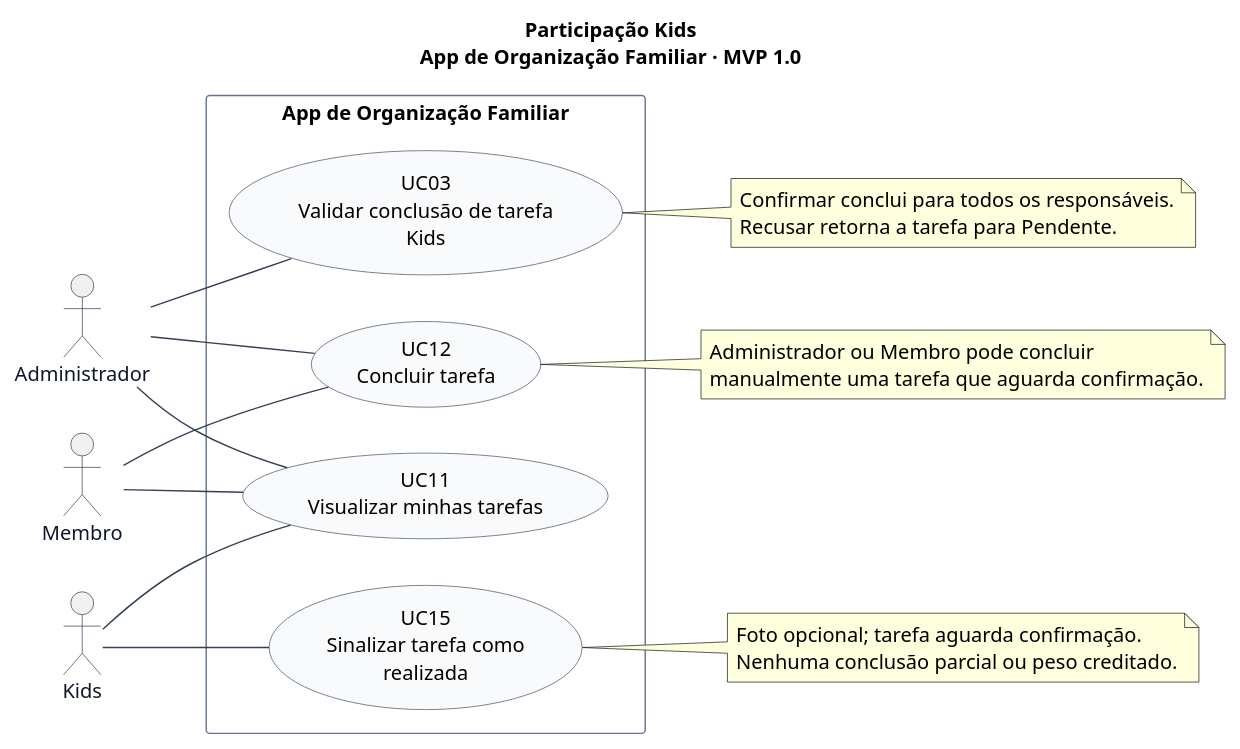
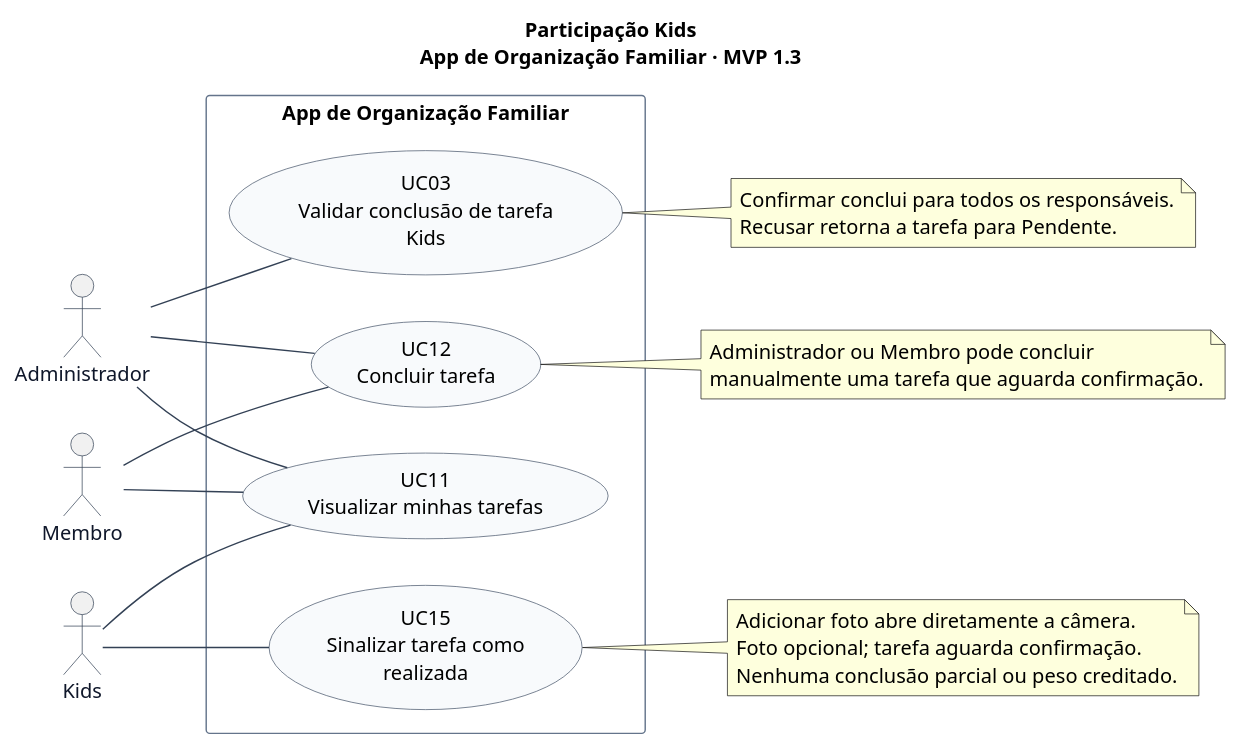
One commit to lizandramalta/App-Rotina-Familiar changed the diagram in docs/diagramas/casos-de-uso/04-participacao-kids.puml. Above: the diagram before and after it, drawn with PlantUML. The commit also changed 21 other files, not shown here.

```diff
--- a/docs/diagramas/casos-de-uso/04-participacao-kids.puml
+++ b/docs/diagramas/casos-de-uso/04-participacao-kids.puml
@@ -1,50 +1,51 @@
 @startuml
 ' Fonte editável. Renderização: java -jar plantuml.jar -charset UTF-8 -tsvg *.puml
 left to right direction
 skinparam shadowing false
 skinparam backgroundColor white
 skinparam defaultFontName SansSerif
 skinparam defaultFontSize 14
 skinparam ArrowColor #334155
 skinparam actorBorderColor #334155
 skinparam actorFontColor #0F172A
 skinparam usecaseBackgroundColor #F8FAFC
 skinparam usecaseBorderColor #475569
 skinparam rectangleBorderColor #64748B
 skinparam packageStyle rectangle
 skinparam nodesep 32
 skinparam ranksep 55
-title Participação Kids\nApp de Organização Familiar · MVP 1.0
+title Participação Kids\nApp de Organização Familiar · MVP 1.3
 
 actor "Administrador" as Admin
 actor "Membro" as Membro
 actor "Kids" as Kids
 
 rectangle "App de Organização Familiar" {
   usecase "UC11\nVisualizar minhas tarefas" as UC11
   usecase "UC15\nSinalizar tarefa como\nrealizada" as UC15
   usecase "UC03\nValidar conclusão de tarefa\nKids" as UC03
   usecase "UC12\nConcluir tarefa" as UC12
 }
 
 Admin -- UC03
 Admin -- UC11
 Admin -- UC12
 Membro -- UC11
 Membro -- UC12
 Kids -- UC11
 Kids -- UC15
 note right of UC15
+  Adicionar foto abre diretamente a câmera.
   Foto opcional; tarefa aguarda confirmação.
   Nenhuma conclusão parcial ou peso creditado.
 end note
 note right of UC03
   Confirmar conclui para todos os responsáveis.
   Recusar retorna a tarefa para Pendente.
 end note
 note right of UC12
   Administrador ou Membro pode concluir
   manualmente uma tarefa que aguarda confirmação.
 end note
 
 @enduml
```
